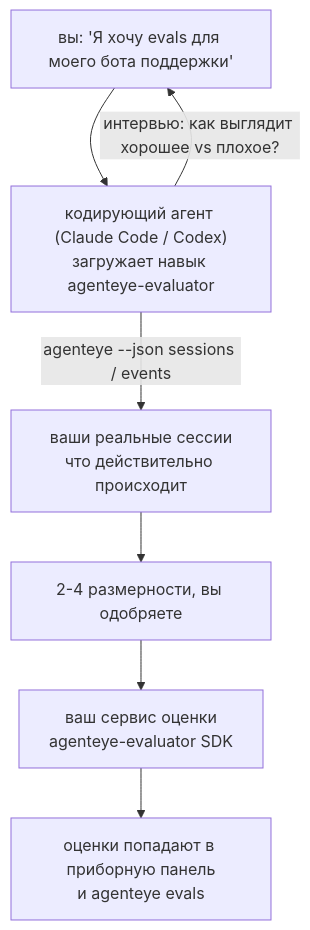
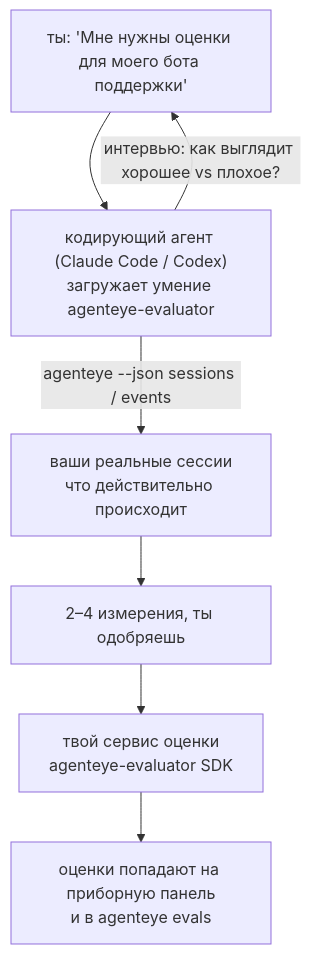
The diagram in docs/ru/agenteye/evaluator-skill.mdx (FailproofAI/failproofai), drawn with Mermaid before and after one commit. The commit also changed other lines of this file and 650 other files, not shown here.

````diff
--- a/docs/ru/agenteye/evaluator-skill.mdx
+++ b/docs/ru/agenteye/evaluator-skill.mdx
@@ -21,9 +21,9 @@
 ```mermaid
 flowchart TD
-    YOU["вы: 'Я хочу evals для моего бота поддержки'"] --> AGENT["кодирующий агент (Claude Code / Codex)<br/>загружает навык agenteye-evaluator"]
+    YOU["ты: 'Мне нужны оценки для моего бота поддержки'"] --> AGENT["кодирующий агент (Claude Code / Codex)<br/>загружает умение agenteye-evaluator"]
     AGENT -->|"интервью: как выглядит хорошее vs плохое?"| YOU
     AGENT -->|"agenteye --json sessions / events"| DATA["ваши реальные сессии<br/>что действительно происходит"]
-    DATA --> DIMS["2-4 размерности, вы одобряете"]
-    DIMS --> SVC["ваш сервис оценки<br/>agenteye-evaluator SDK"]
-    SVC --> SCORES["оценки попадают в приборную панель<br/>и agenteye evals"]
+    DATA --> DIMS["2–4 измерения, ты одобряешь"]
+    DIMS --> SVC["твой сервис оценки<br/>agenteye-evaluator SDK"]
+    SVC --> SCORES["оценки попадают на приборную панель<br/>и в agenteye evals"]
 ```
````
